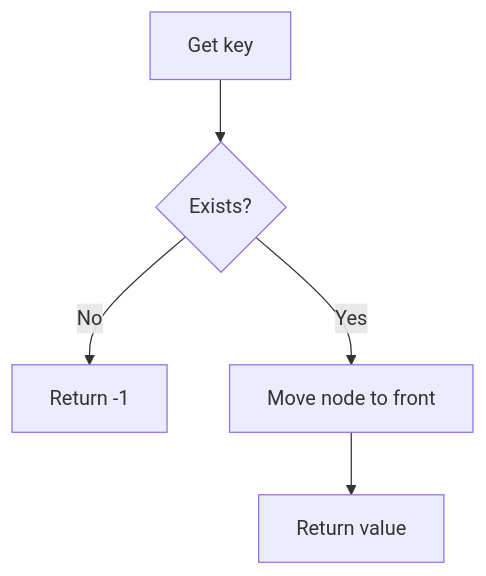
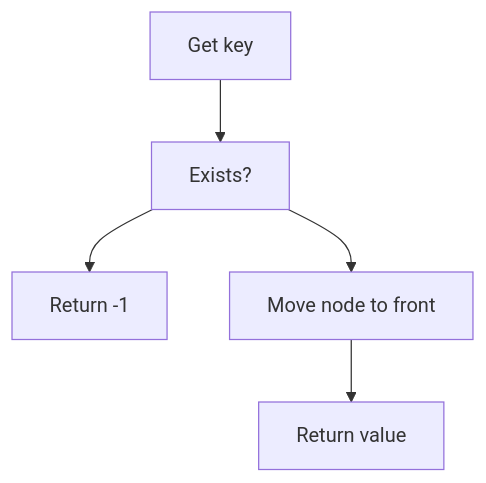
The tenth of 58 diagrams in LLD_NOTES/lld_visual_java_reference_fixed.md (mthaiseer/springcloud-systemdesign-notes), drawn with Mermaid before and after one commit. The commit also changed other lines of this file, not shown here.

````diff
--- a/LLD_NOTES/lld_visual_java_reference_fixed.md
+++ b/LLD_NOTES/lld_visual_java_reference_fixed.md
@@ -551,7 +509,12 @@
 ```mermaid
 flowchart TD
-  A[Get key] --> B{Exists?}
-  B -- No --> C[Return -1]
-  B -- Yes --> D[Move node to front]
-  D --> E[Return value]
+  A[Get key]
+  B[Exists?]
+  C[Return -1]
+  D[Move node to front]
+  E[Return value]
+  A --> B
+  B --> C
+  B --> D
+  D --> E
 ```
````
